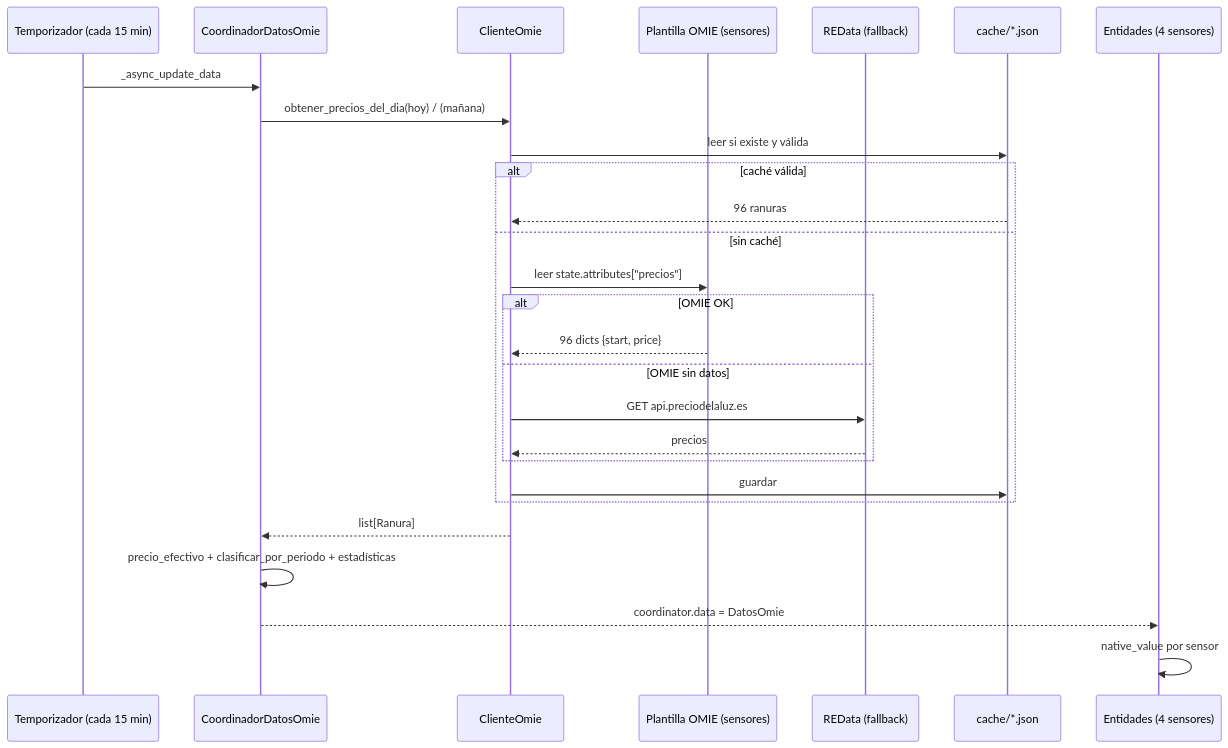
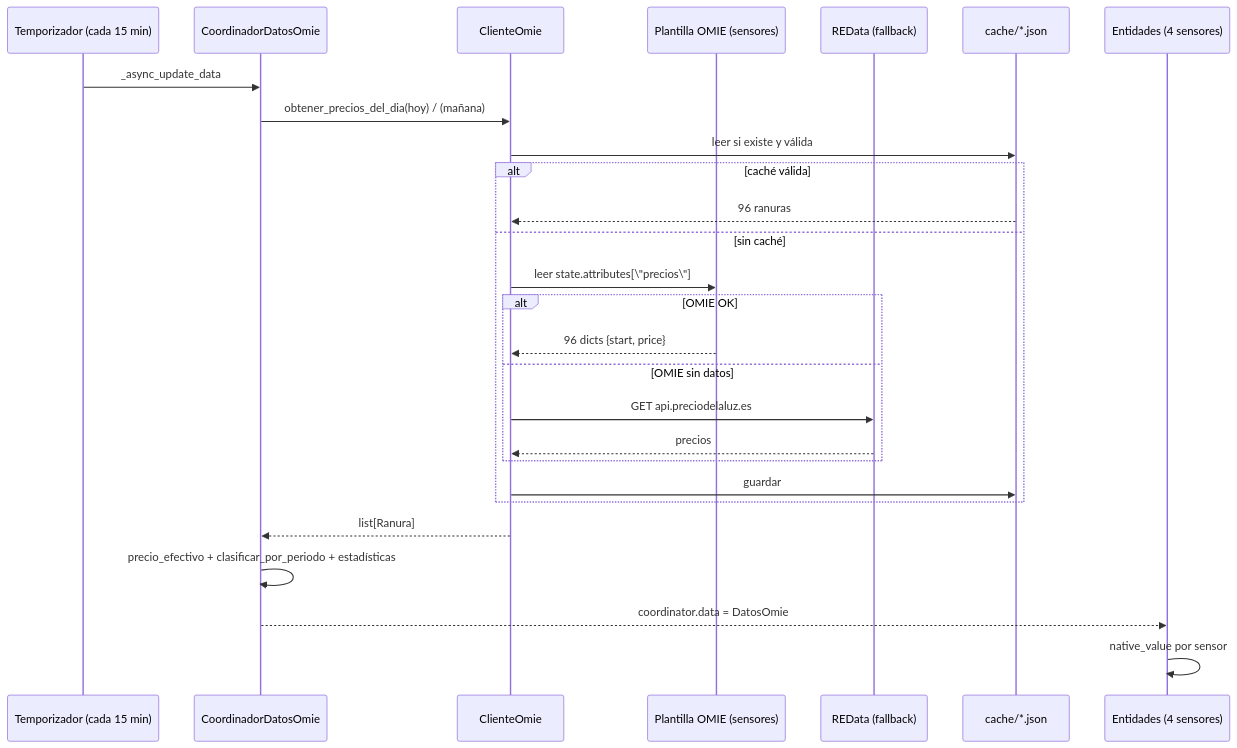
The second of 4 diagrams in SPEC.md (acarrilloa/optimizador-bateria-omie), drawn with Mermaid before and after one commit. The commit also changed other lines of this file and 32 other files, not shown here.

````diff
--- a/SPEC.md
+++ b/SPEC.md
@@ -150,29 +163,29 @@
 ```mermaid
 sequenceDiagram
   participant T as Temporizador (cada 15 min)
   participant C as CoordinadorDatosOmie
   participant CL as ClienteOmie
   participant P as Plantilla OMIE (sensores)
   participant R as REData (fallback)
   participant Cache as cache/*.json
   participant E as Entidades (4 sensores)
   T->>C: _async_update_data
   C->>CL: obtener_precios_del_dia(hoy) / (mañana)
   CL->>Cache: leer si existe y válida
   alt caché válida
     Cache-->>CL: 96 ranuras
   else sin caché
-    CL->>P: leer state.attributes["precios"]
+    CL->>P: leer state.attributes[\"precios\"]
     alt OMIE OK
       P-->>CL: 96 dicts {start, price}
     else OMIE sin datos
       CL->>R: GET api.preciodelaluz.es
       R-->>CL: precios
     end
     CL->>Cache: guardar
   end
   CL-->>C: list[Ranura]
   C->>C: precio_efectivo + clasificar_por_periodo + estadísticas
   C-->>E: coordinator.data = DatosOmie
   E->>E: native_value por sensor
 ```
````
